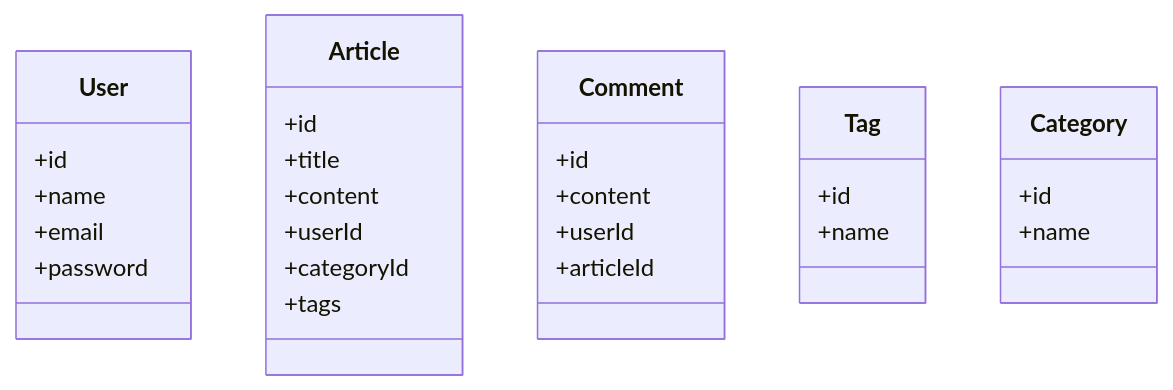
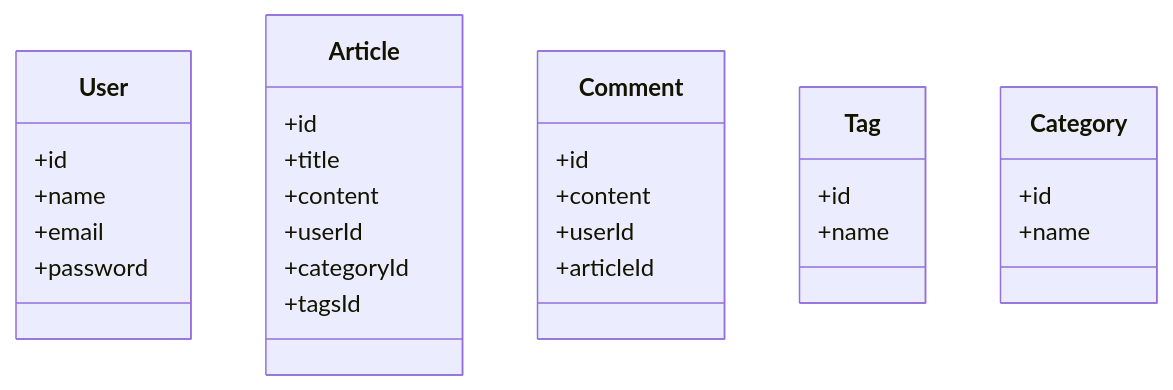
Before and after one commit to samir20-23/Blog-Projet: the diagram in Conception/diagramme-de-class.mmd, drawn with Mermaid. The commit also changed 33 other files, not shown here.

```diff
--- a/Conception/diagramme-de-class.mmd
+++ b/Conception/diagramme-de-class.mmd
@@ -1,33 +1,33 @@
 classDiagram
     class User {
         +id
         +name
         +email
         +password
     }
 
     class Article {
         +id
         +title
         +content
         +userId
         +categoryId
-        +tags
+        +tagsId
     }
 
     class Comment {
         +id
         +content
         +userId
         +articleId
     }
 
     class Tag {
         +id
         +name
     }
 
     class Category {
         +id
         +name
     }
```
